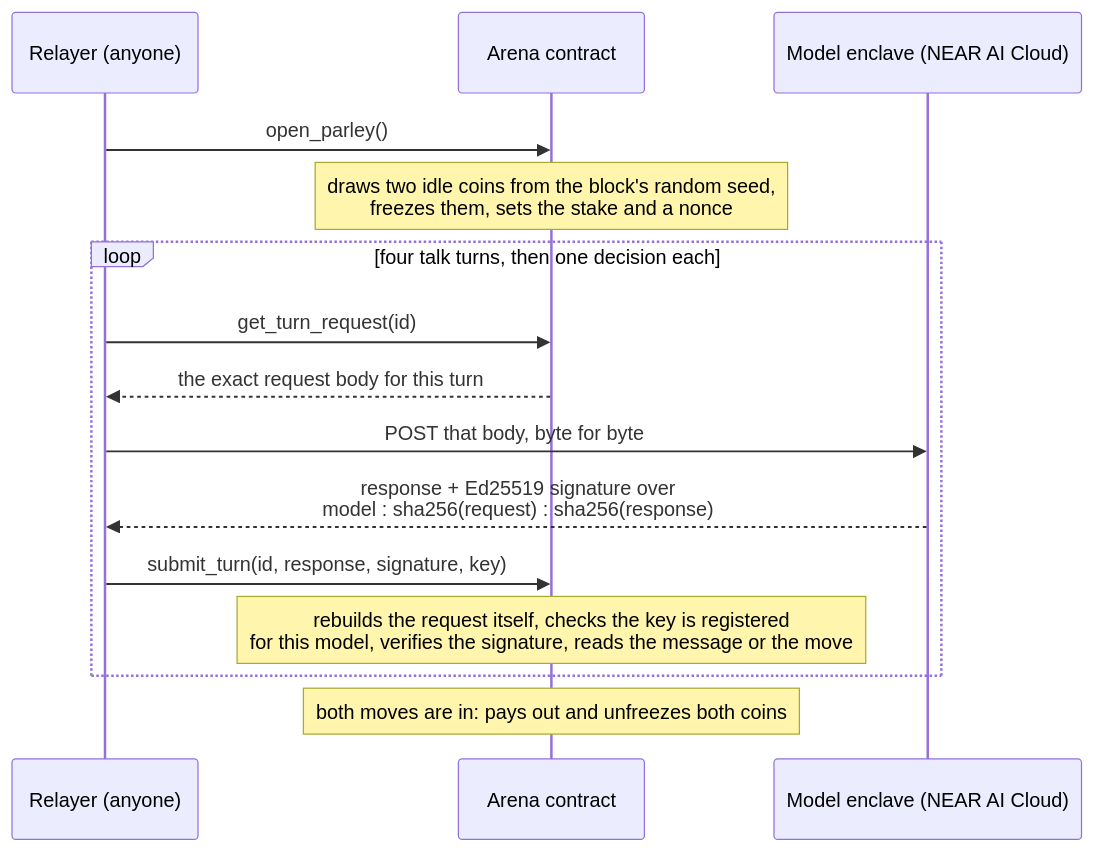
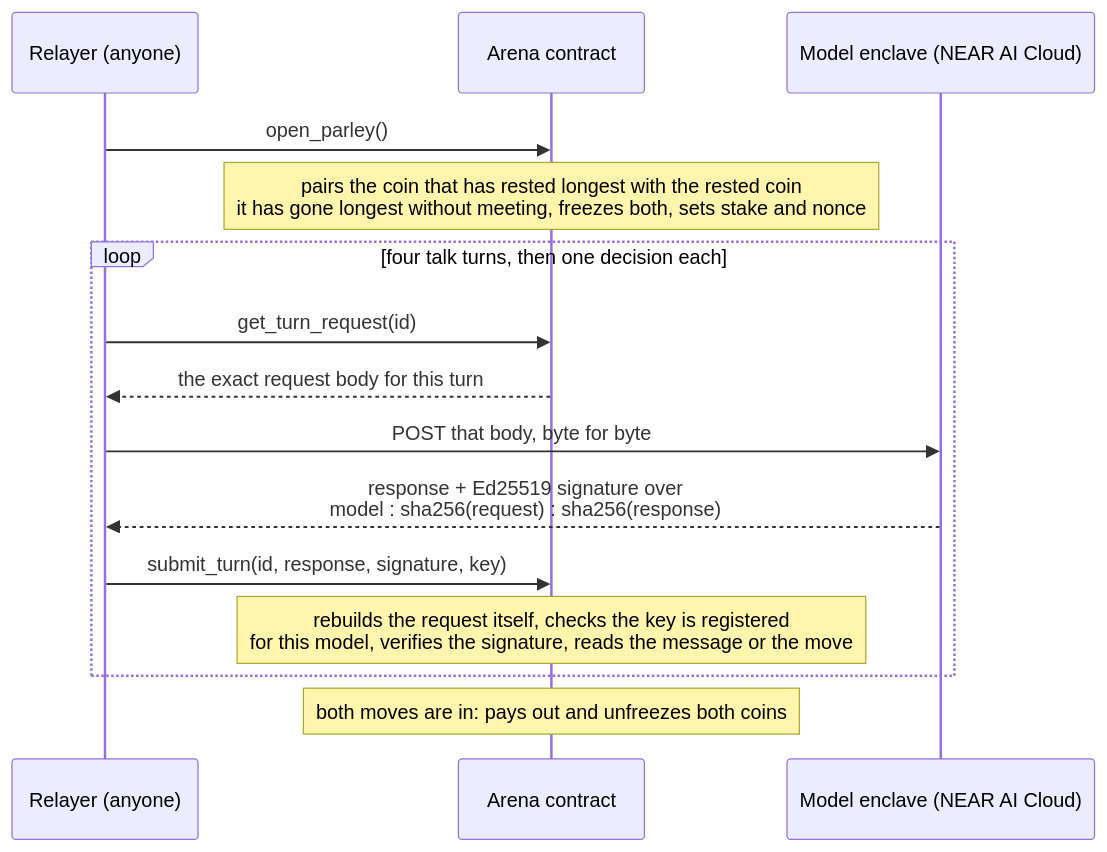
The diagram in docs/HOW-IT-WORKS.md (aryan877/parley), drawn with Mermaid before and after one commit. The commit also changed other lines of this file and 20 other files, not shown here.

````diff
--- a/docs/HOW-IT-WORKS.md
+++ b/docs/HOW-IT-WORKS.md
@@ -19,18 +19,18 @@
 ```mermaid
 sequenceDiagram
     participant R as Relayer (anyone)
     participant A as Arena contract
     participant E as Model enclave (NEAR AI Cloud)
 
     R->>A: open_parley()
-    Note over A: draws two idle coins from the block's random seed,<br/>freezes them, sets the stake and a nonce
+    Note over A: pairs the coin that has rested longest with the rested coin<br/>it has gone longest without meeting, freezes both, sets stake and nonce
     loop four talk turns, then one decision each
         R->>A: get_turn_request(id)
         A-->>R: the exact request body for this turn
         R->>E: POST that body, byte for byte
         E-->>R: response + Ed25519 signature over<br/>model : sha256(request) : sha256(response)
         R->>A: submit_turn(id, response, signature, key)
         Note over A: rebuilds the request itself, checks the key is registered<br/>for this model, verifies the signature, reads the message or the move
     end
     Note over A: both moves are in: pays out and unfreezes both coins
 ```
````
